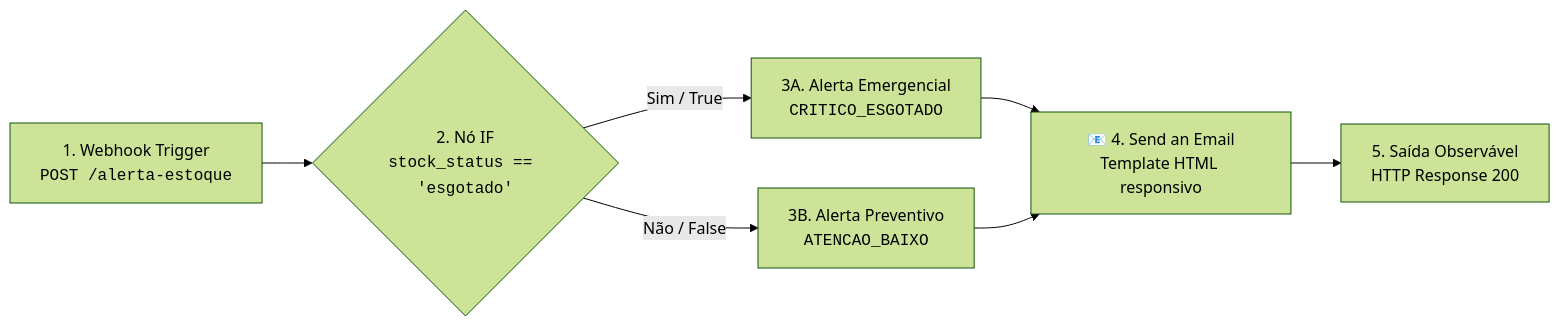
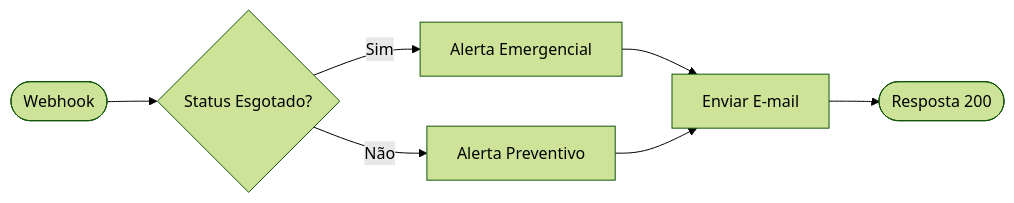
Before and after one commit to RSC-SC/stockflow-agent: the diagram in n8n/README.md, drawn with Mermaid (forest theme). The commit also changed other lines of this file, not shown here.

Commit message:
docs(n8n): streamline mermaid flowchart diagram in n8n/README.md

````diff
--- a/n8n/README.md
+++ b/n8n/README.md
@@ -11,9 +11,9 @@
 ```mermaid
 flowchart LR
-    A["1. Webhook Trigger<br><code>POST /alerta-estoque</code>"] --> B{"2. Nó IF<br><code>stock_status == 'esgotado'</code>"}
-    B -->|Sim / True| C1["3A. Alerta Emergencial<br><code>CRITICO_ESGOTADO</code>"]
-    B -->|Não / False| C2["3B. Alerta Preventivo<br><code>ATENCAO_BAIXO</code>"]
-    C1 --> D["📧 4. Send an Email<br>Template HTML responsivo"]
-    C2 --> D
-    D --> E["5. Saída Observável<br>HTTP Response 200"]
+    Start(["Webhook"]) --> Decision{"Status Esgotado?"}
+    Decision -->|Sim| A["Alerta Emergencial"]
+    Decision -->|Não| B["Alerta Preventivo"]
+    A --> Email["Enviar E-mail"]
+    B --> Email
+    Email --> Fim(["Resposta 200"])
 ```
````
